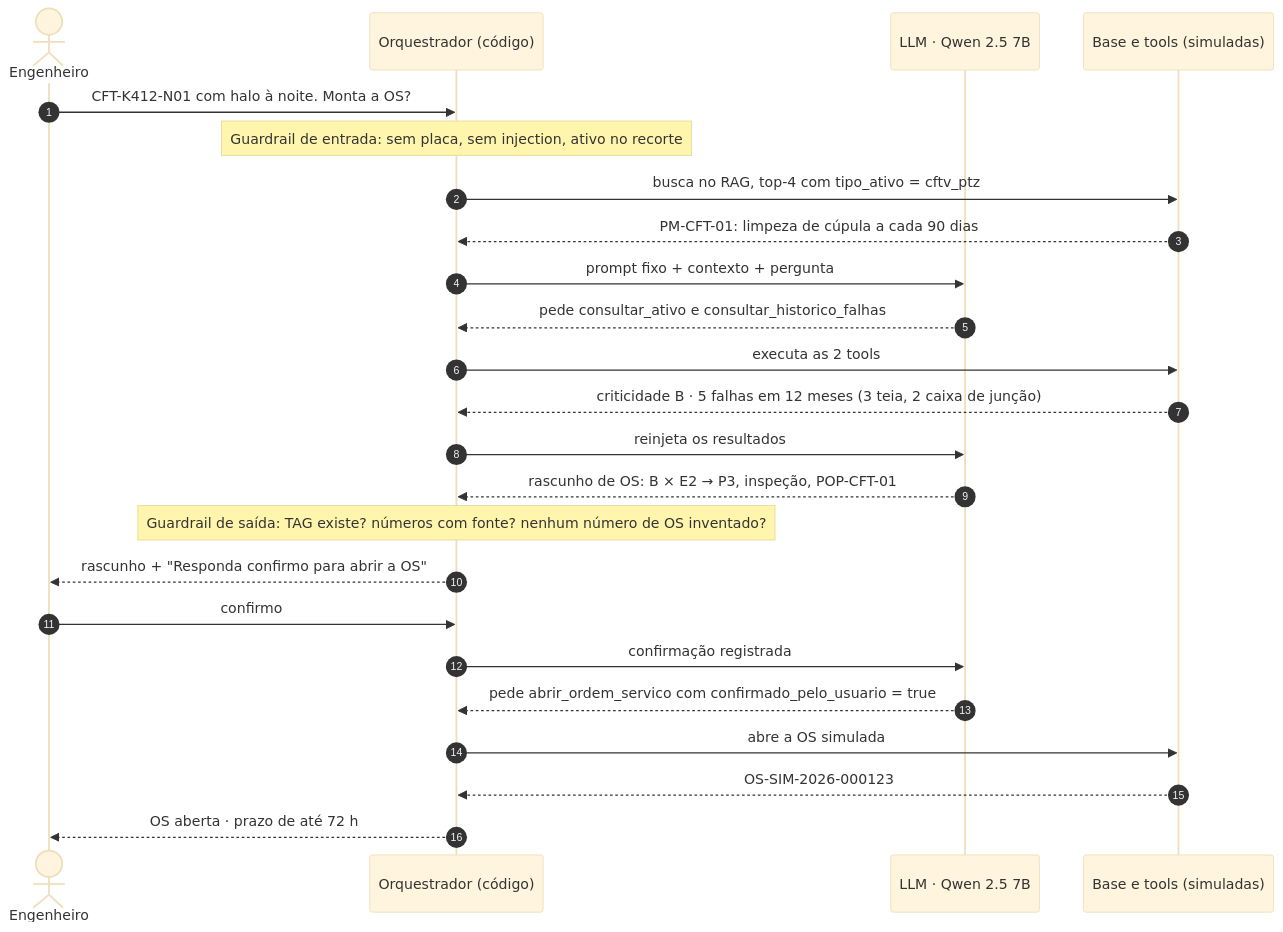
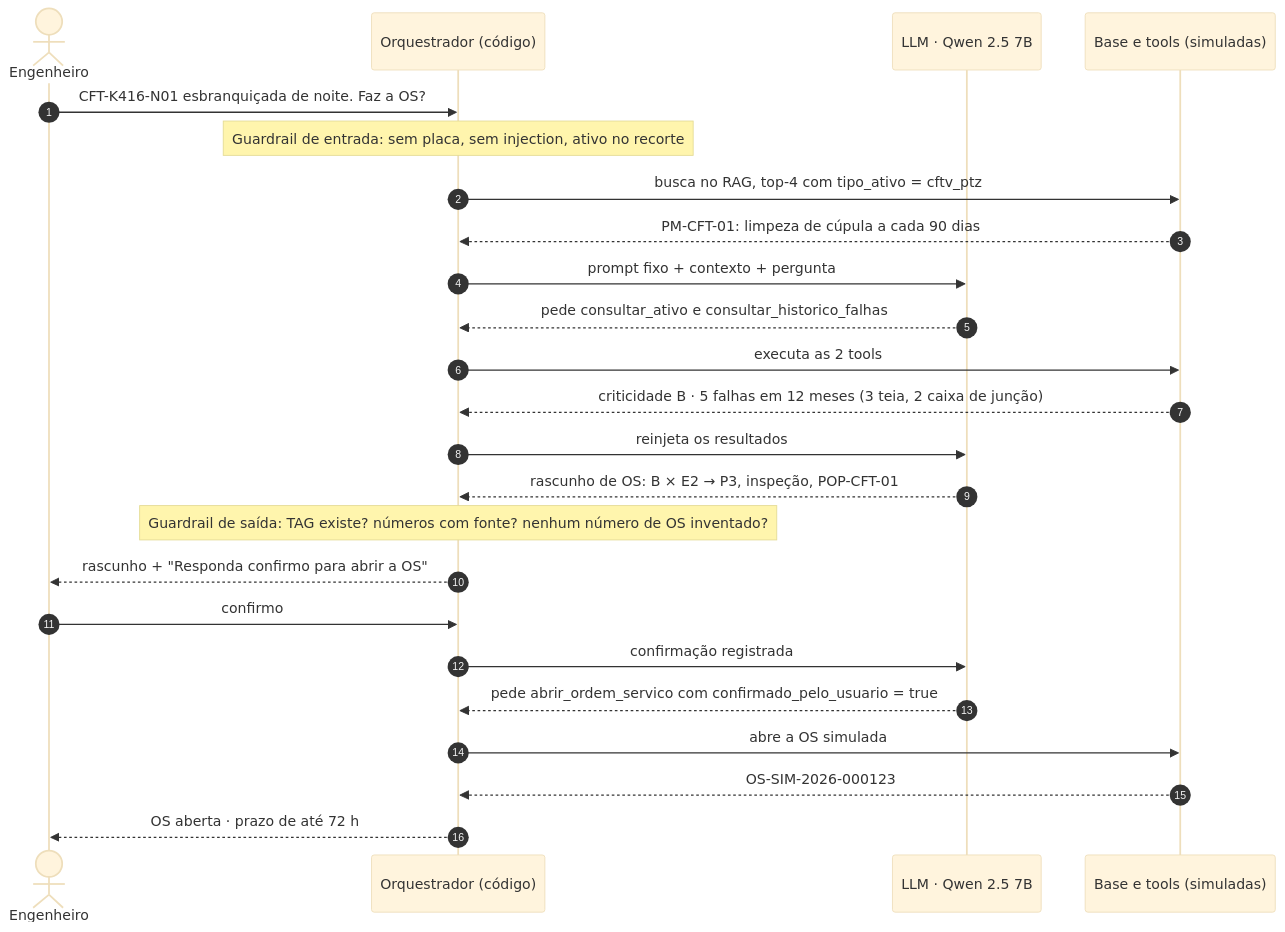
The first of 2 diagrams in README.md (Shirakiinn/engman-copilot), drawn with Mermaid (base theme) before and after one commit. The commit also changed other lines of this file, not shown here.

````diff
--- a/README.md
+++ b/README.md
@@ -129,26 +128,26 @@
 ```mermaid
 sequenceDiagram
     autonumber
     actor E as Engenheiro
     participant O as Orquestrador (código)
     participant L as LLM · Qwen 2.5 7B
     participant D as Base e tools (simuladas)
-    E->>O: CFT-K412-N01 com halo à noite. Monta a OS?
+    E->>O: CFT-K416-N01 esbranquiçada de noite. Faz a OS?
     Note over O: Guardrail de entrada: sem placa, sem injection, ativo no recorte
     O->>D: busca no RAG, top-4 com tipo_ativo = cftv_ptz
     D-->>O: PM-CFT-01: limpeza de cúpula a cada 90 dias
     O->>L: prompt fixo + contexto + pergunta
     L-->>O: pede consultar_ativo e consultar_historico_falhas
     O->>D: executa as 2 tools
     D-->>O: criticidade B · 5 falhas em 12 meses (3 teia, 2 caixa de junção)
     O->>L: reinjeta os resultados
     L-->>O: rascunho de OS: B × E2 → P3, inspeção, POP-CFT-01
     Note over O: Guardrail de saída: TAG existe? números com fonte? nenhum número de OS inventado?
     O-->>E: rascunho + "Responda confirmo para abrir a OS"
     E->>O: confirmo
     O->>L: confirmação registrada
     L-->>O: pede abrir_ordem_servico com confirmado_pelo_usuario = true
     O->>D: abre a OS simulada
     D-->>O: OS-SIM-2026-000123
     O-->>E: OS aberta · prazo de até 72 h
 ```
````
